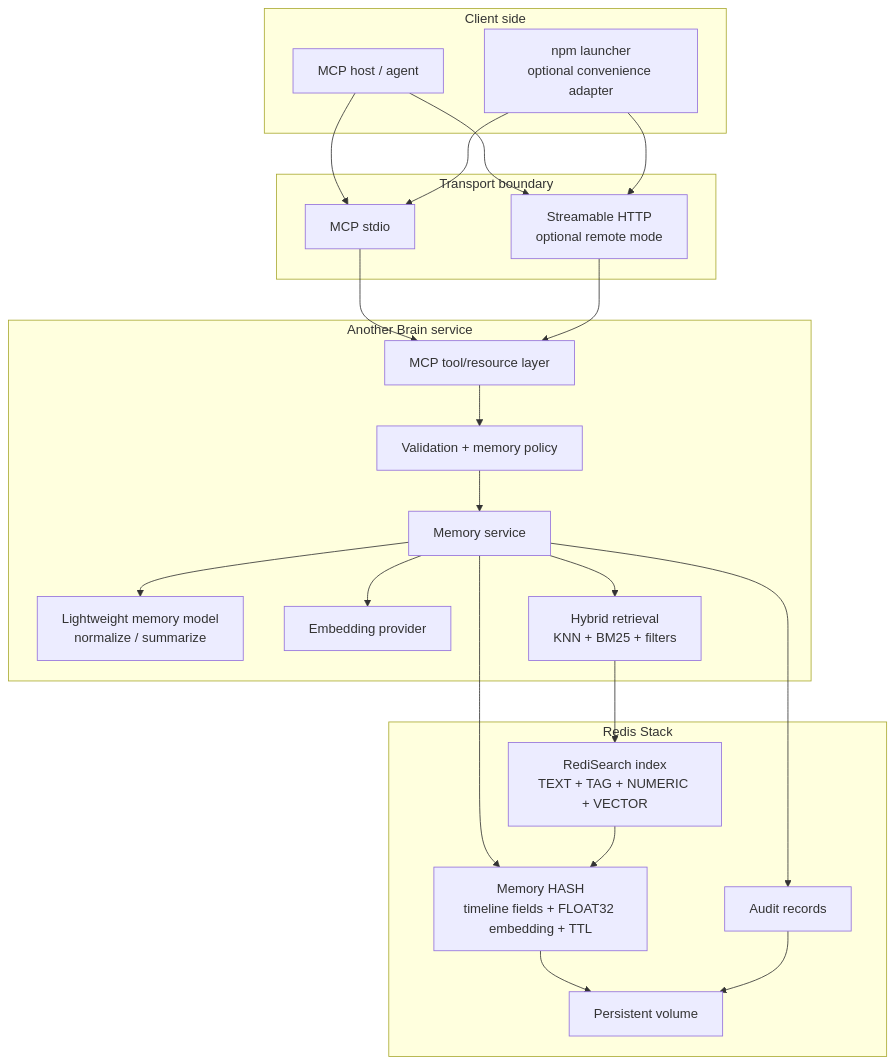
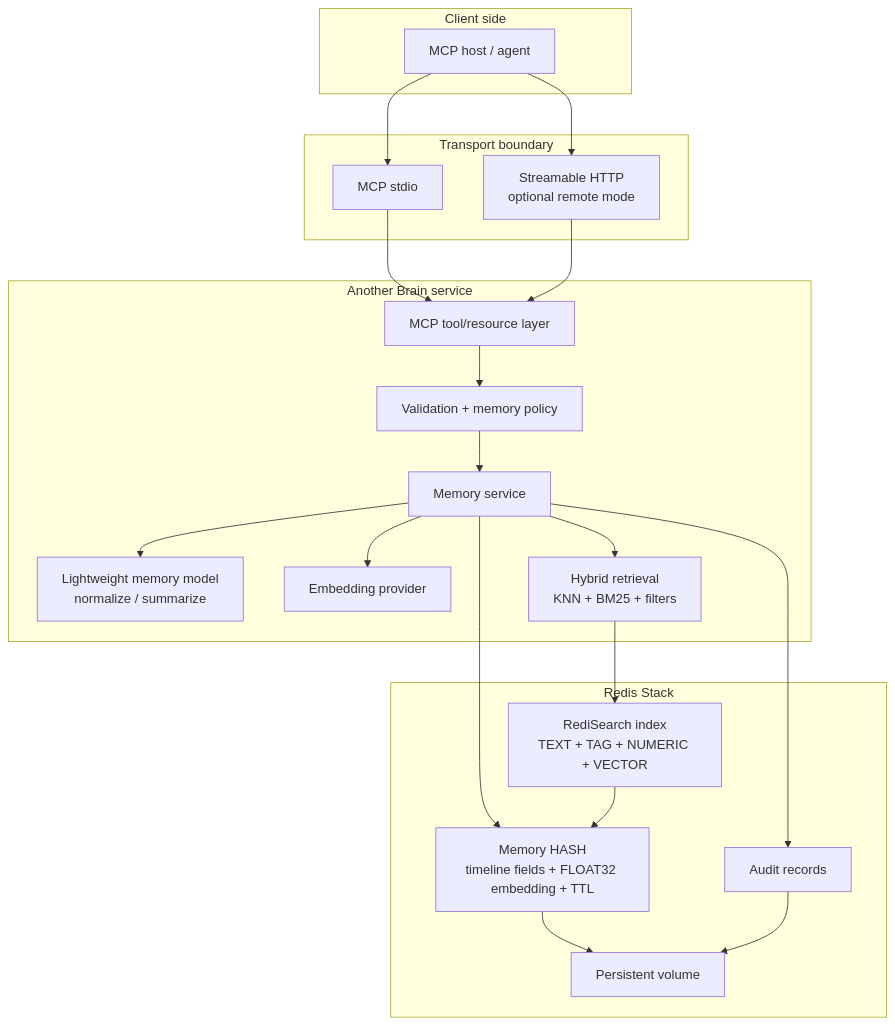
Before and after one commit to Flowerf19/another-brain: the first of 4 diagrams in .agents/plans/01-architecture-foundation.md, drawn with Mermaid. The commit also changed other lines of this file and 11 other files, not shown here.

Commit message:
Remove npm launcher references and clarify Docker as the sole installation method across documentation and architecture plans.

````diff
--- a/.agents/plans/01-architecture-foundation.md
+++ b/.agents/plans/01-architecture-foundation.md
@@ -61,47 +61,44 @@
 ```mermaid
 flowchart TD
     subgraph Clients["Client side"]
         Host["MCP host / agent"]
-        Npm["npm launcher<br/>optional convenience adapter"]
     end
 
     subgraph Transport["Transport boundary"]
         Stdio["MCP stdio"]
         Http["Streamable HTTP<br/>optional remote mode"]
     end
 
     subgraph Core["Another Brain service"]
         Mcp["MCP tool/resource layer"]
         Policy["Validation + memory policy"]
         Memory["Memory service"]
         Model["Lightweight memory model<br/>normalize / summarize"]
         Embed["Embedding provider"]
         Retrieve["Hybrid retrieval<br/>KNN + BM25 + filters"]
     end
 
     subgraph Redis["Redis Stack"]
         Hash["Memory HASH<br/>timeline fields + FLOAT32 embedding + TTL"]
         Index["RediSearch index<br/>TEXT + TAG + NUMERIC + VECTOR"]
         Audit["Audit records"]
         Volume["Persistent volume"]
     end
 
     Host --> Stdio
     Host --> Http
-    Npm --> Stdio
-    Npm --> Http
 
     Stdio --> Mcp
     Http --> Mcp
     Mcp --> Policy
     Policy --> Memory
     Memory --> Model
     Memory --> Embed
     Memory --> Retrieve
     Memory --> Hash
     Retrieve --> Index
     Index --> Hash
     Memory --> Audit
     Hash --> Volume
     Audit --> Volume
 ```
````
